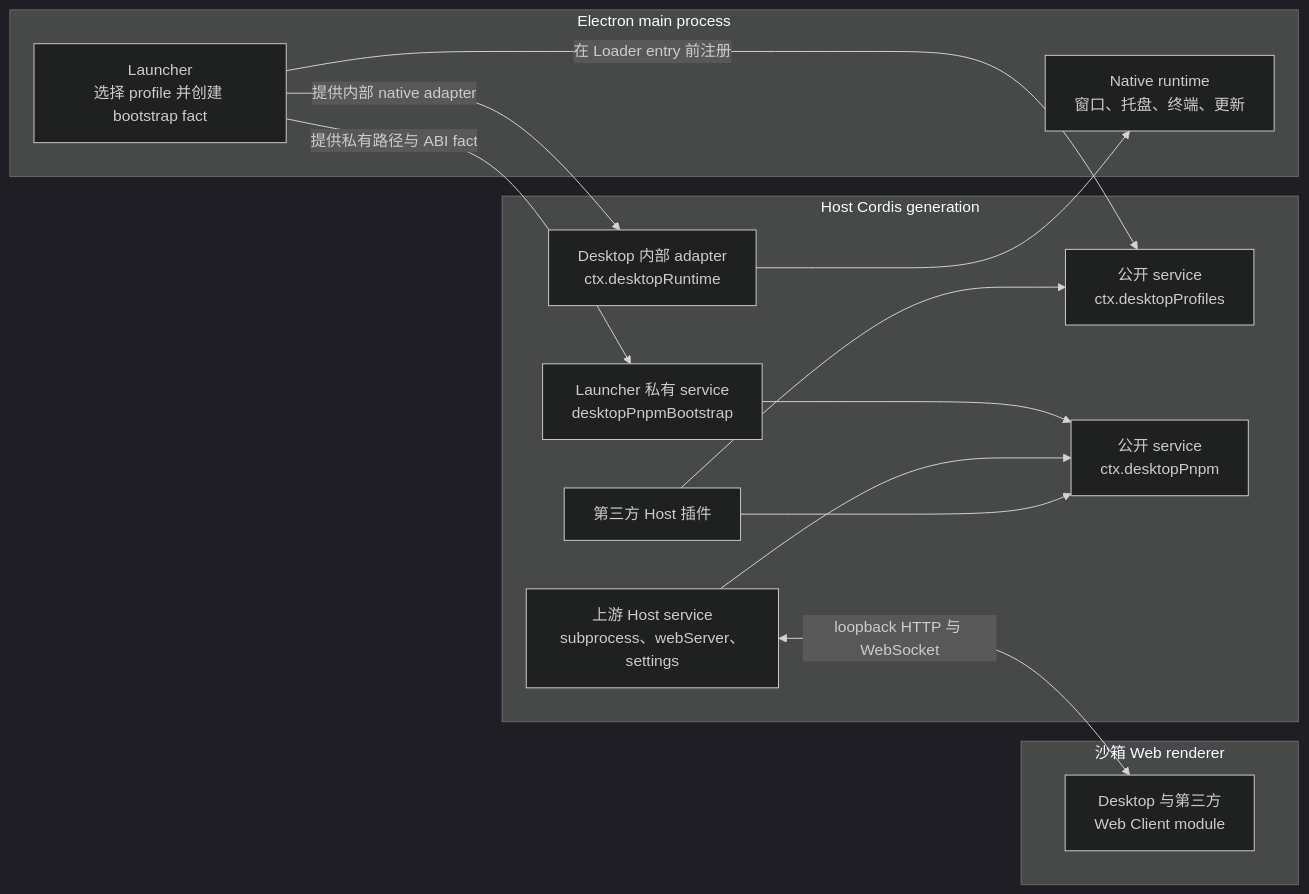
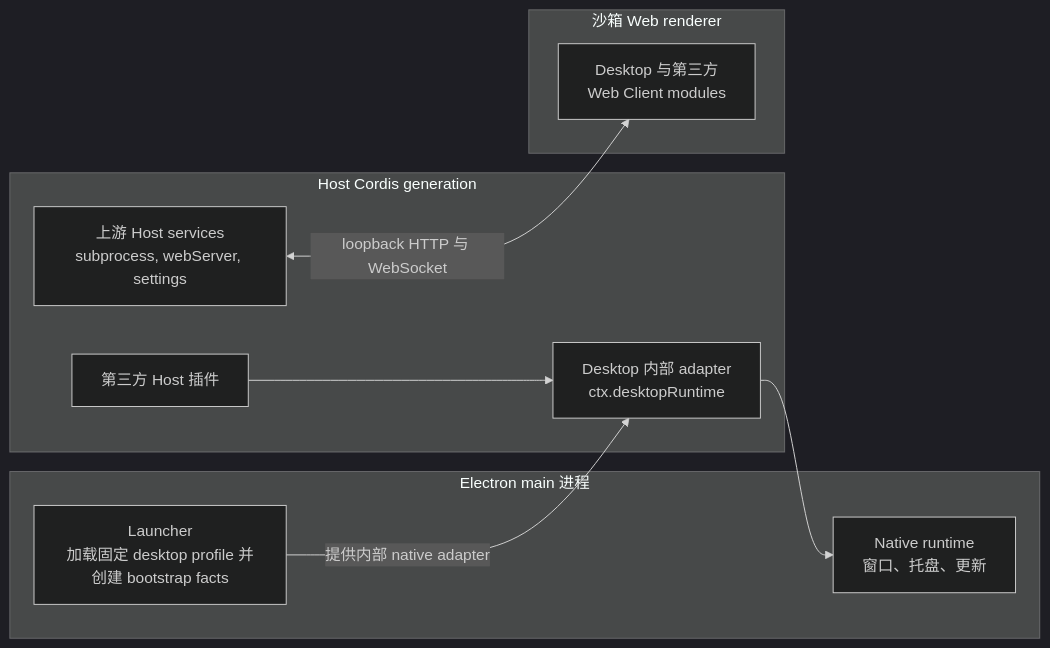
Before and after one commit to picoaide/picoaide-harness: the diagram in packages/host/desktop/docs/plugin-services.zh.md, drawn with Mermaid (dark theme). The commit also changed other lines of this file and 45 other files, not shown here.

First line of the commit message:
feat(desktop): 固定 desktop profile 与高级模式，移除终端/模式切换/profile 切换

````diff
--- a/packages/host/desktop/docs/plugin-services.zh.md
+++ b/packages/host/desktop/docs/plugin-services.zh.md
@@ -9,30 +9,22 @@
 ```mermaid
 flowchart LR
-  subgraph Electron["Electron main process"]
-    Launcher["Launcher<br/>选择 profile 并创建 bootstrap fact"]
-    Native["Native runtime<br/>窗口、托盘、终端、更新"]
+  subgraph Electron["Electron main 进程"]
+    Launcher["Launcher<br/>加载固定 desktop profile 并创建 bootstrap facts"]
+    Native["Native runtime<br/>窗口、托盘、更新"]
   end
 
   subgraph Host["Host Cordis generation"]
-    Profiles["公开 service<br/>ctx.desktopProfiles"]
-    Bootstrap["Launcher 私有 service<br/>desktopPnpmBootstrap"]
-    Pnpm["公开 service<br/>ctx.desktopPnpm"]
     Runtime["Desktop 内部 adapter<br/>ctx.desktopRuntime"]
-    Upstream["上游 Host service<br/>subprocess、webServer、settings"]
+    Upstream["上游 Host services<br/>subprocess, webServer, settings"]
     Plugin["第三方 Host 插件"]
   end
 
   subgraph Renderer["沙箱 Web renderer"]
-    Client["Desktop 与第三方<br/>Web Client module"]
+    Client["Desktop 与第三方<br/>Web Client modules"]
   end
 
-  Launcher -->|"在 Loader entry 前注册"| Profiles
-  Launcher -->|"提供私有路径与 ABI fact"| Bootstrap
   Launcher -->|"提供内部 native adapter"| Runtime
-  Bootstrap --> Pnpm
-  Upstream --> Pnpm
   Runtime --> Native
-  Plugin --> Profiles
-  Plugin --> Pnpm
+  Plugin --> Runtime
   Upstream <-->|"loopback HTTP 与 WebSocket"| Client
 ```
````
